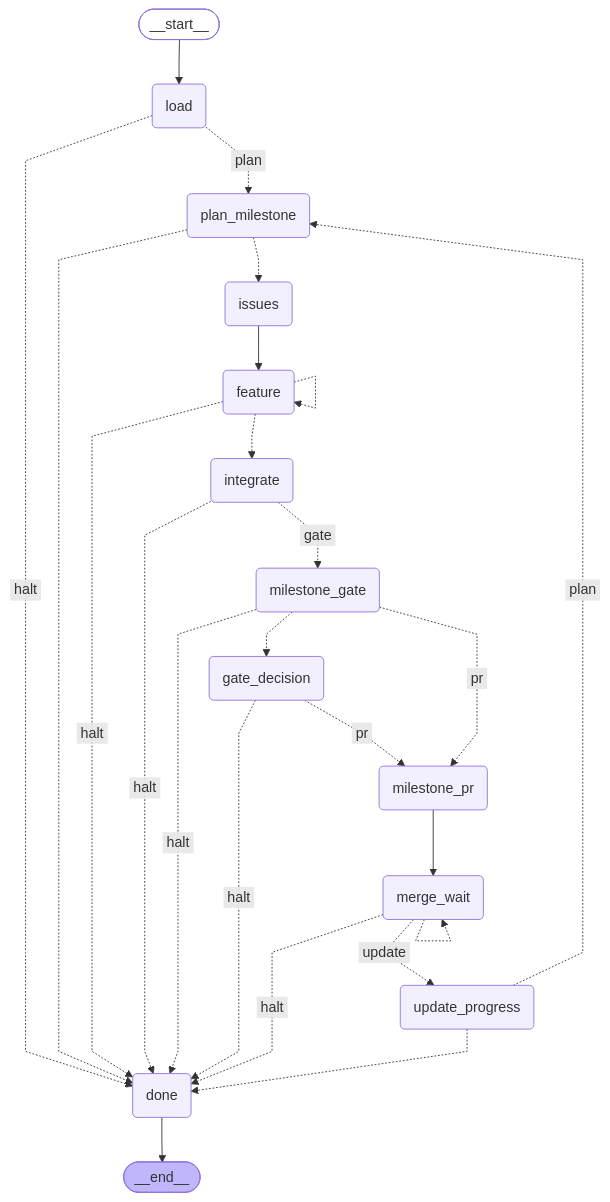
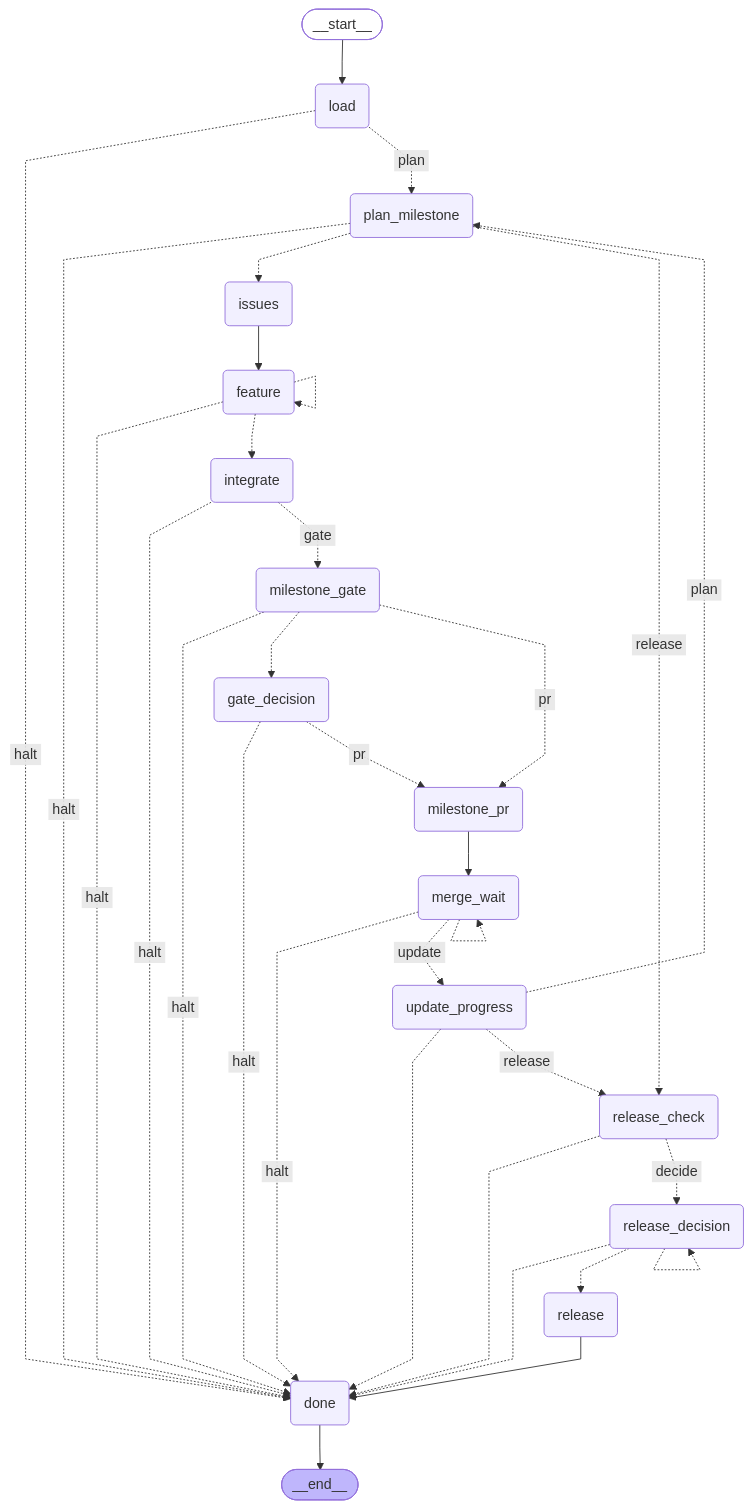
Before and after one commit to NewMe505/SCIO: the tenth of 10 diagrams in docs/ARCHITECTURE.md, drawn with Mermaid. The commit also changed 8 other files, not shown here.

````diff
--- a/docs/ARCHITECTURE.md
+++ b/docs/ARCHITECTURE.md
@@ -937,47 +937,58 @@
 ```mermaid
 ---
 config:
   flowchart:
     curve: linear
 ---
 graph TD;
 	__start__([<p>__start__</p>]):::first
 	load(load)
 	plan_milestone(plan_milestone)
 	issues(issues)
 	feature(feature)
 	integrate(integrate)
 	milestone_gate(milestone_gate)
 	gate_decision(gate_decision)
 	milestone_pr(milestone_pr)
 	merge_wait(merge_wait)
 	update_progress(update_progress)
+	release_check(release_check)
+	release_decision(release_decision)
+	release(release)
 	done(done)
 	__end__([<p>__end__</p>]):::last
 	__start__ --> load;
 	feature -. &nbsp;halt&nbsp; .-> done;
 	feature -.-> integrate;
 	gate_decision -. &nbsp;halt&nbsp; .-> done;
 	gate_decision -. &nbsp;pr&nbsp; .-> milestone_pr;
 	integrate -. &nbsp;halt&nbsp; .-> done;
 	integrate -. &nbsp;gate&nbsp; .-> milestone_gate;
 	issues --> feature;
 	load -. &nbsp;halt&nbsp; .-> done;
 	load -. &nbsp;plan&nbsp; .-> plan_milestone;
 	merge_wait -. &nbsp;halt&nbsp; .-> done;
 	merge_wait -. &nbsp;update&nbsp; .-> update_progress;
 	milestone_gate -. &nbsp;halt&nbsp; .-> done;
 	milestone_gate -.-> gate_decision;
 	milestone_gate -. &nbsp;pr&nbsp; .-> milestone_pr;
 	milestone_pr --> merge_wait;
-	plan_milestone -.-> done;
+	plan_milestone -. &nbsp;halt&nbsp; .-> done;
 	plan_milestone -.-> issues;
+	plan_milestone -. &nbsp;release&nbsp; .-> release_check;
+	release --> done;
+	release_check -.-> done;
+	release_check -. &nbsp;decide&nbsp; .-> release_decision;
+	release_decision -.-> done;
+	release_decision -.-> release;
 	update_progress -.-> done;
 	update_progress -. &nbsp;plan&nbsp; .-> plan_milestone;
+	update_progress -. &nbsp;release&nbsp; .-> release_check;
 	done --> __end__;
 	feature -.-> feature;
 	merge_wait -.-> merge_wait;
+	release_decision -.-> release_decision;
 	classDef default fill:#f2f0ff,line-height:1.2
 	classDef first fill-opacity:0
 	classDef last fill:#bfb6fc
 ```
````
